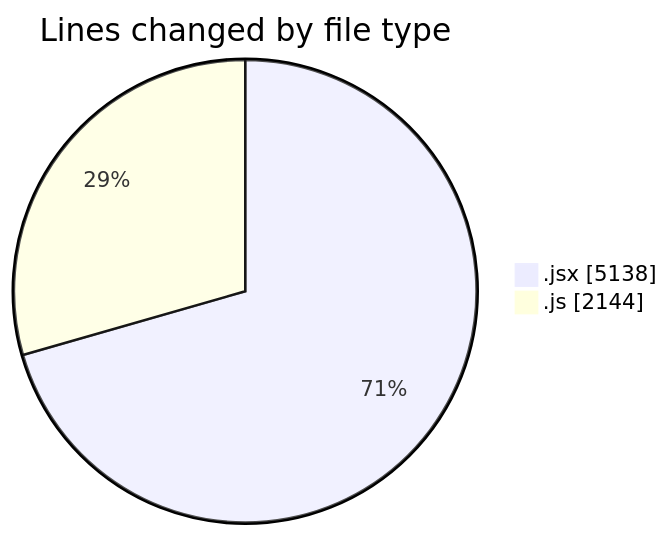
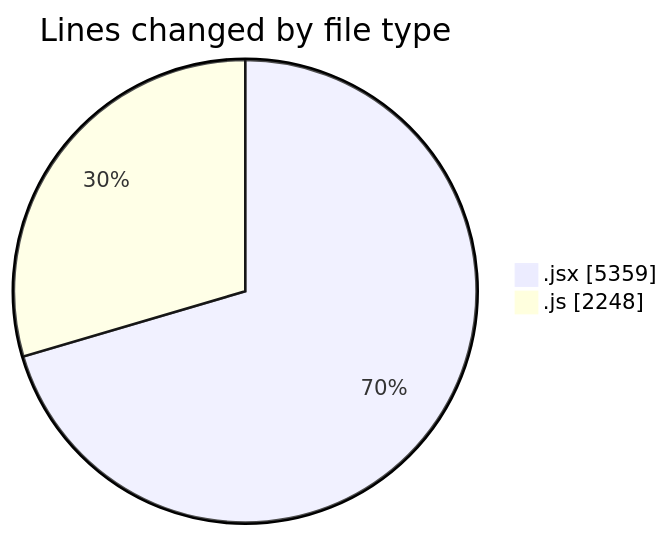
One commit to nxtqubesakshisongat/code-tracking changed the first of 2 diagrams in 2025-09-28/nxtqube_webapp/README.md. Above: the diagram before and after it, drawn with Mermaid. The commit also changed other lines of this file and 1 other file, not shown here.

````diff
--- a/2025-09-28/nxtqube_webapp/README.md
+++ b/2025-09-28/nxtqube_webapp/README.md
@@ -23,6 +23,6 @@
 ```mermaid
 pie showData
 title Lines changed by file type
-".jsx" : 5138
-".js" : 2144
+".jsx" : 5359
+".js" : 2248
 ```
````
